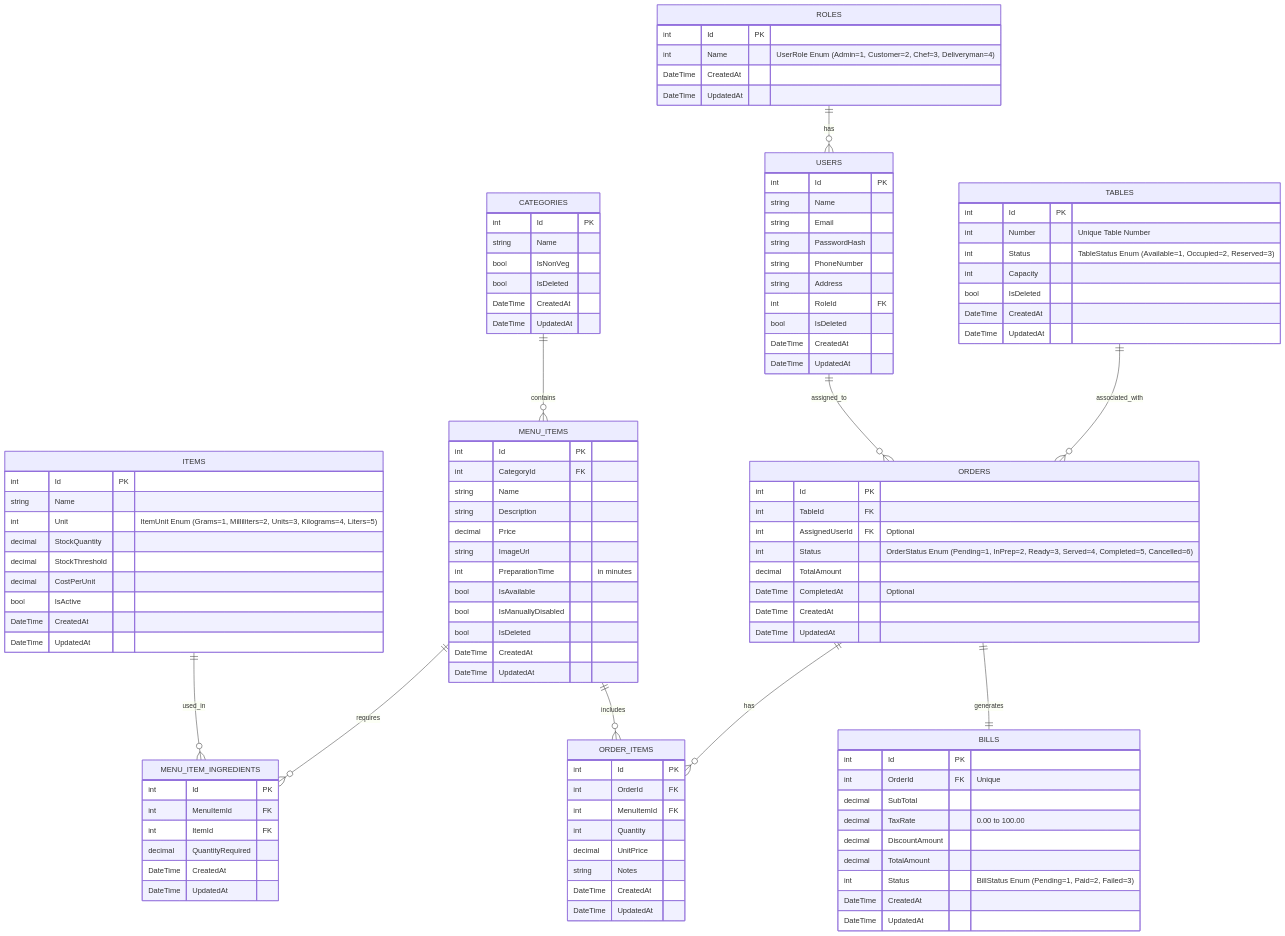
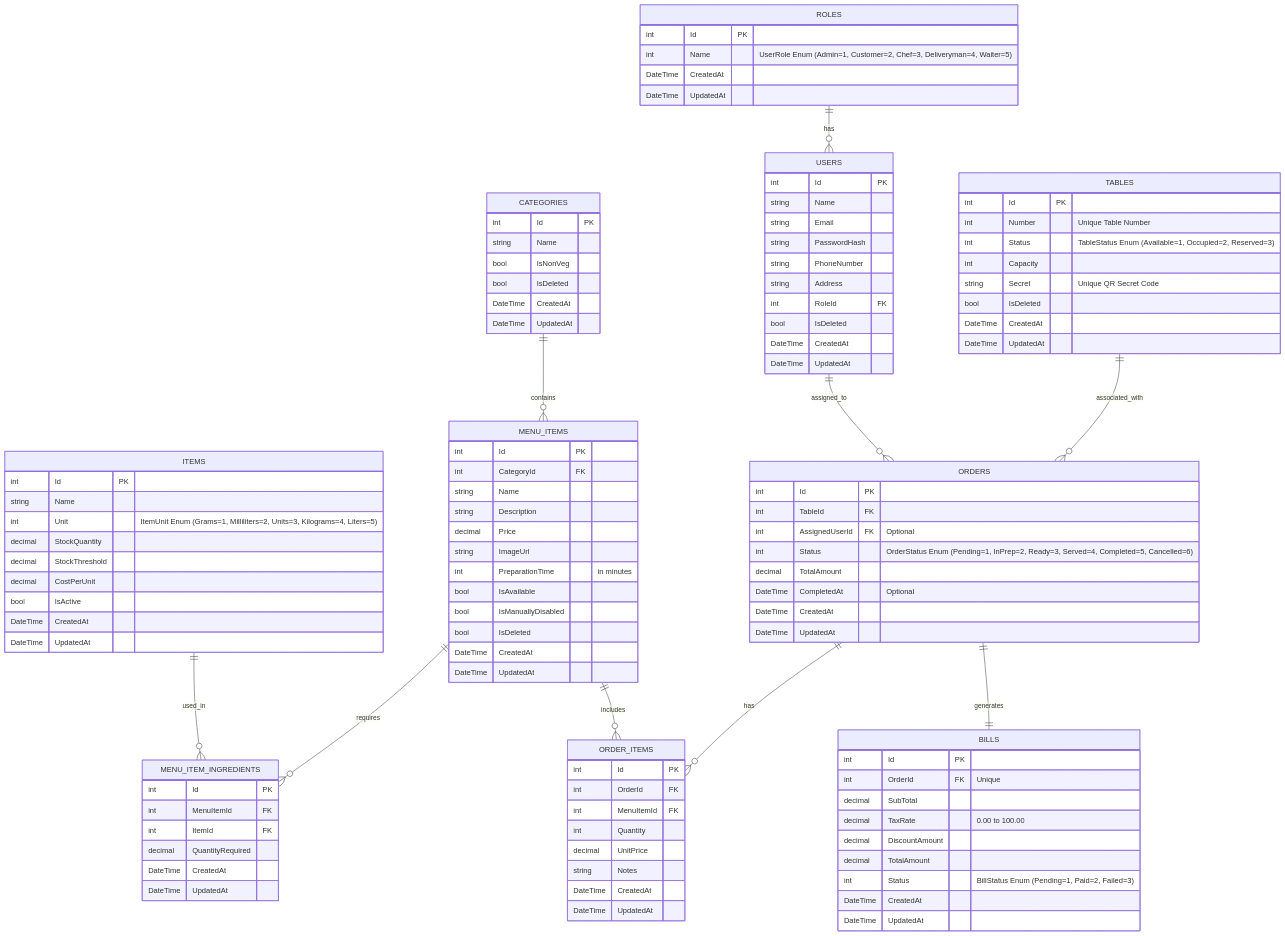
The diagram in OrderNKitchenMS-Engine/OrderNKitchenMS-API/Documentation/er_diagram.md (Sarveshgith/Genspark-Training), drawn with Mermaid before and after one commit. The commit also changed other lines of this file and 34 other files, not shown here.

```diff
--- a/OrderNKitchenMS-Engine/OrderNKitchenMS-API/Documentation/er_diagram.md
+++ b/OrderNKitchenMS-Engine/OrderNKitchenMS-API/Documentation/er_diagram.md
@@ -31,7 +31,7 @@
 
     ROLES {
         int Id PK
-        int Name "UserRole Enum (Admin=1, Customer=2, Chef=3, Deliveryman=4)"
+        int Name "UserRole Enum (Admin=1, Customer=2, Chef=3, Deliveryman=4, Waiter=5)"
         DateTime CreatedAt
         DateTime UpdatedAt
     }
@@ -41,6 +41,7 @@
         int Number "Unique Table Number"
         int Status "TableStatus Enum (Available=1, Occupied=2, Reserved=3)"
         int Capacity
+        string Secret "Unique QR Secret Code"
         bool IsDeleted
         DateTime CreatedAt
         DateTime UpdatedAt
```
